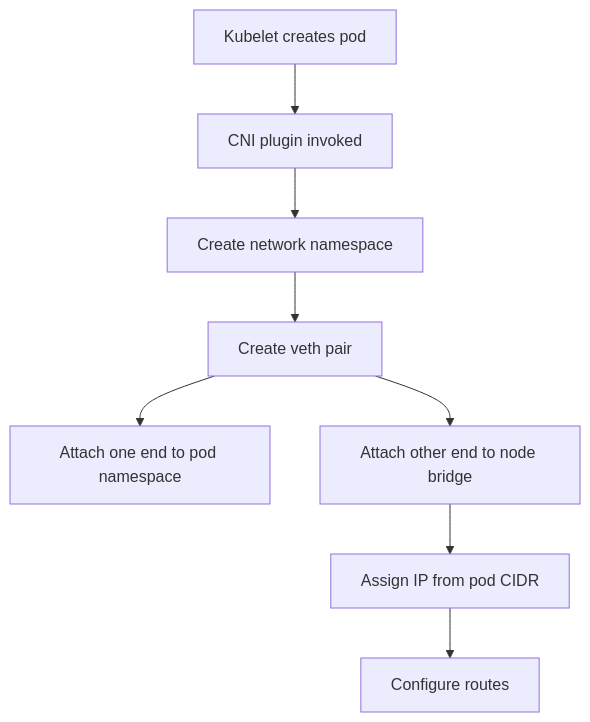
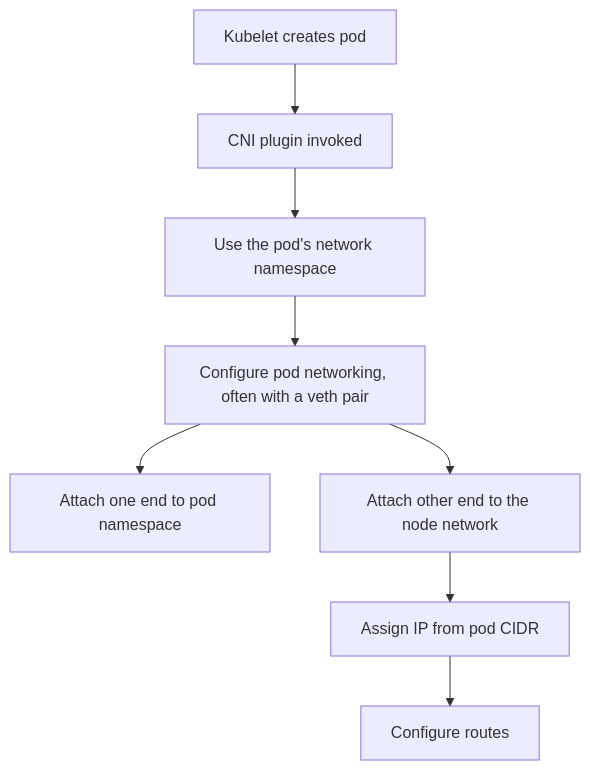
One commit to OneUptime/blog changed the second of 5 diagrams in posts/2026-02-20-kubernetes-pod-networking-model/README.md. Above: the diagram before and after it, drawn with Mermaid. The commit also changed other lines of this file and 2 other files, not shown here.

Commit message:
validate: 2026-02-20-kubernetes-pod-networking-model

````diff
--- a/posts/2026-02-20-kubernetes-pod-networking-model/README.md
+++ b/posts/2026-02-20-kubernetes-pod-networking-model/README.md
@@ -76,10 +77,10 @@
 ```mermaid
 graph TD
     A[Kubelet creates pod] --> B[CNI plugin invoked]
-    B --> C[Create network namespace]
-    C --> D[Create veth pair]
+    B --> C[Use the pod's network namespace]
+    C --> D[Configure pod networking, often with a veth pair]
     D --> E[Attach one end to pod namespace]
-    D --> F[Attach other end to node bridge]
+    D --> F[Attach other end to the node network]
     F --> G[Assign IP from pod CIDR]
     G --> H[Configure routes]
 ```
````
